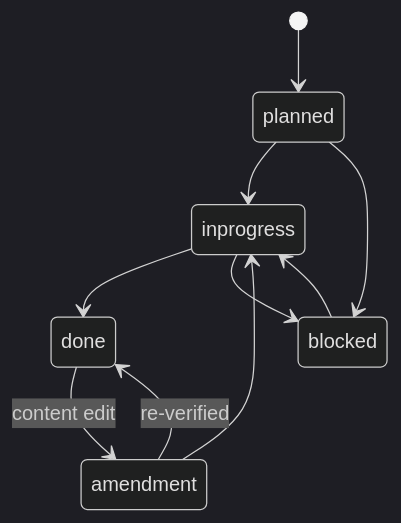
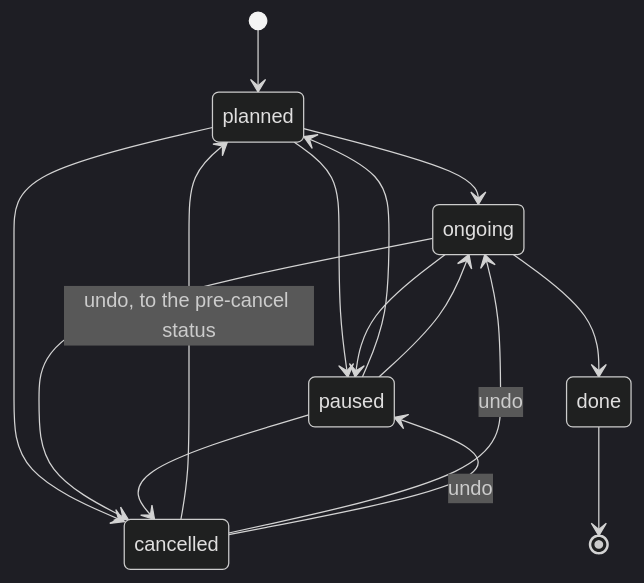
Before and after one commit to CrackingShells/cracking-shells-playbook: the fourth of 4 diagrams in __design__/rdm/architecture.md, drawn with Mermaid (dark theme). The commit also changed other lines of this file, not shown here.

````diff
--- a/__design__/rdm/architecture.md
+++ b/__design__/rdm/architecture.md
@@ -201,12 +208,17 @@
 ```mermaid
 stateDiagram-v2
   [*] --> planned
-  planned --> inprogress
-  inprogress --> done
-  planned --> blocked
-  inprogress --> blocked
-  blocked --> inprogress
-  done --> amendment: content edit
-  amendment --> inprogress
-  amendment --> done: re-verified
+  planned --> ongoing
+  planned --> paused
+  planned --> cancelled
+  ongoing --> paused
+  ongoing --> cancelled
+  ongoing --> done
+  paused --> planned
+  paused --> ongoing
+  paused --> cancelled
+  cancelled --> planned: undo, to the pre-cancel status
+  cancelled --> ongoing: undo
+  cancelled --> paused: undo
+  done --> [*]
 ```
````
